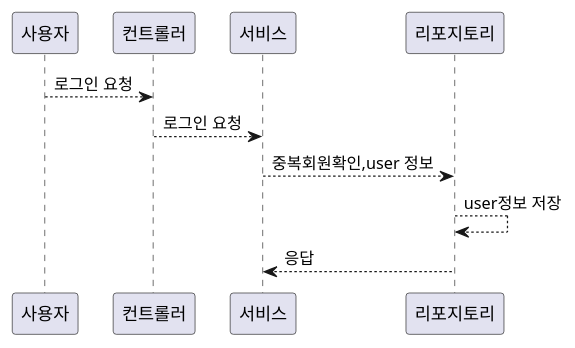
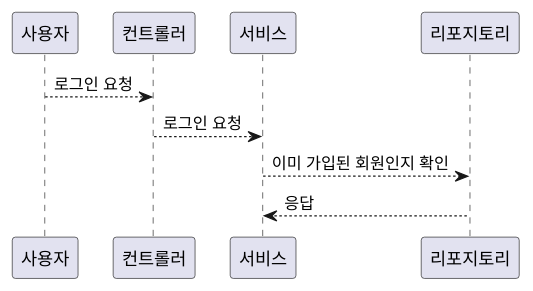
One commit to alsduq1117/chooz changed the diagram in chooz-api/src/main/resources/Signup.puml. Above: the diagram before and after it, drawn with PlantUML. The commit also changed 47 other files, not shown here.

```diff
--- a/chooz-api/src/main/resources/Signup.puml
+++ b/chooz-api/src/main/resources/Signup.puml
@@ -1,9 +1,10 @@
 @startuml
 
 사용자 --> 컨트롤러: 로그인 요청
 컨트롤러 --> 서비스: 로그인 요청
-서비스 --> 리포지토리: 중복회원확인,user 정보
-리포지토리 --> 리포지토리: user정보 저장
+서비스 --> 리포지토리: 이미 가입된 회원인지 확인
 리포지토리 --> 서비스: 응답
 
+
+
 @enduml
```
